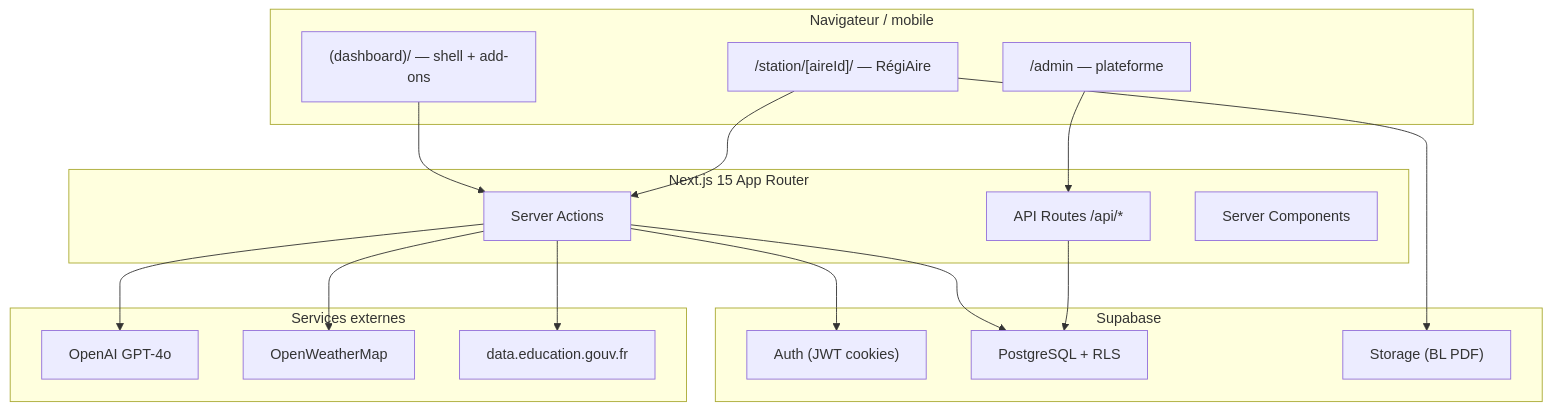
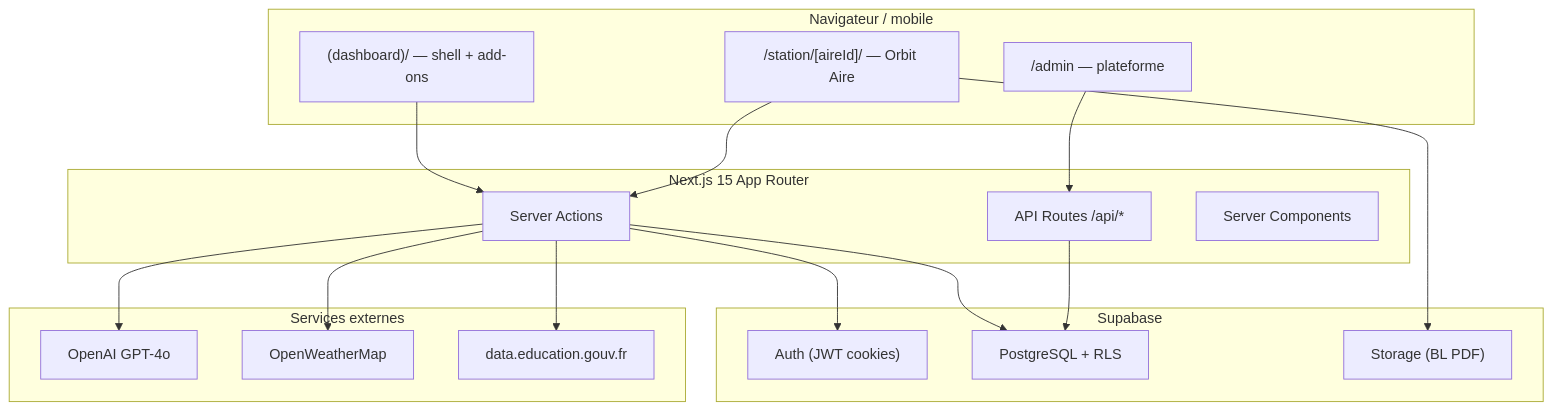
One commit to AlphaSysAI/orbitai changed the first of 2 diagrams in Claude/architecture.md. Above: the diagram before and after it, drawn with Mermaid. The commit also changed other lines of this file and 108 other files, not shown here.

````diff
--- a/Claude/architecture.md
+++ b/Claude/architecture.md
@@ -9,37 +9,37 @@
 ```mermaid
 flowchart TB
   subgraph Clients["Navigateur / mobile"]
     Dashboard["(dashboard)/ — shell + add-ons"]
-    Station["/station/[aireId]/ — RégiAire"]
+    Station["/station/[aireId]/ — Orbit Aire"]
     Admin["/admin — plateforme"]
   end
 
   subgraph Next["Next.js 15 App Router"]
     SA["Server Actions"]
     API["API Routes /api/*"]
     RSC["Server Components"]
   end
 
   subgraph Supabase["Supabase"]
     Auth["Auth (JWT cookies)"]
     PG["PostgreSQL + RLS"]
     Storage["Storage (BL PDF)"]
   end
 
   subgraph External["Services externes"]
     OpenAI["OpenAI GPT-4o"]
     OWM["OpenWeatherMap"]
     Edu["data.education.gouv.fr"]
   end
 
   Dashboard --> SA
   Station --> SA
   Admin --> API
   SA --> PG
   API --> PG
   SA --> Auth
   Station --> Storage
   SA --> OpenAI
   SA --> OWM
   SA --> Edu
 ```
````
